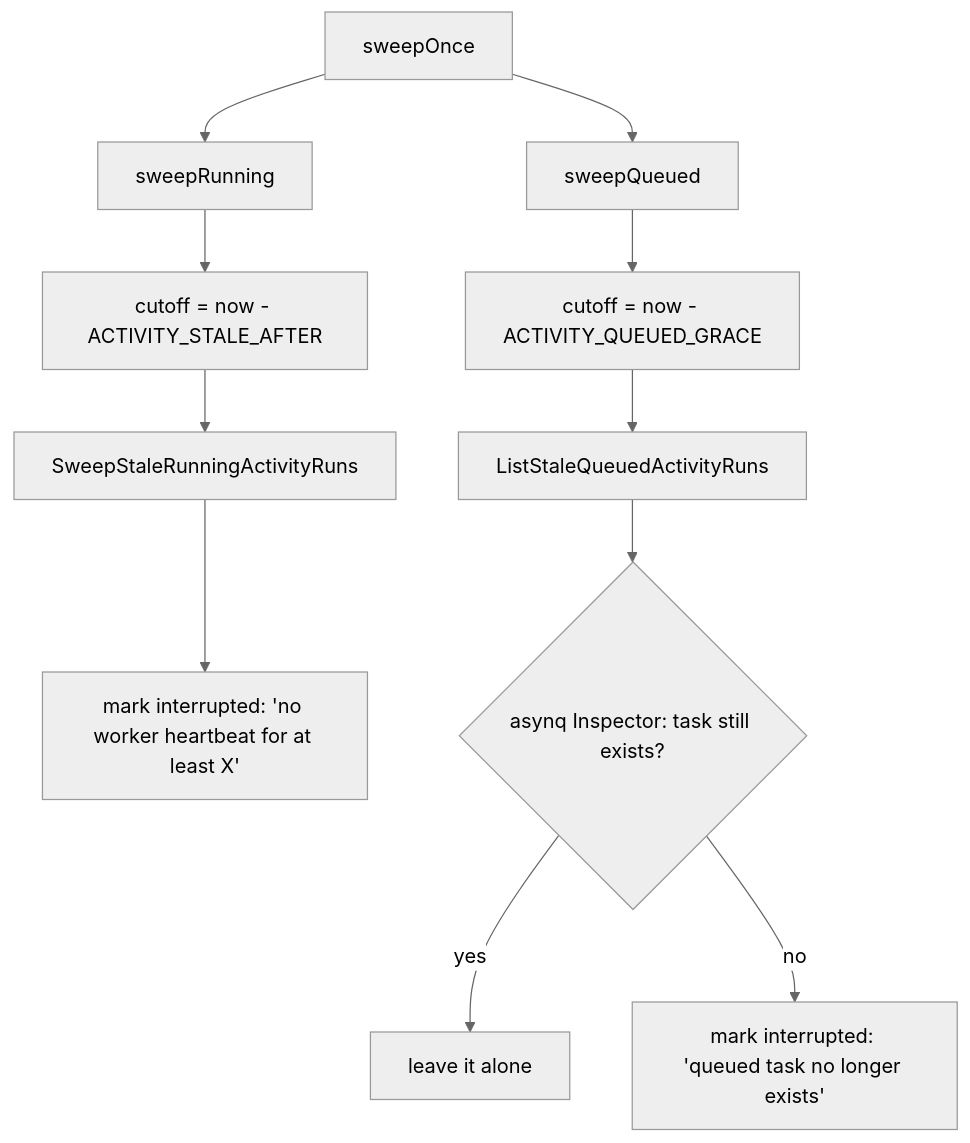
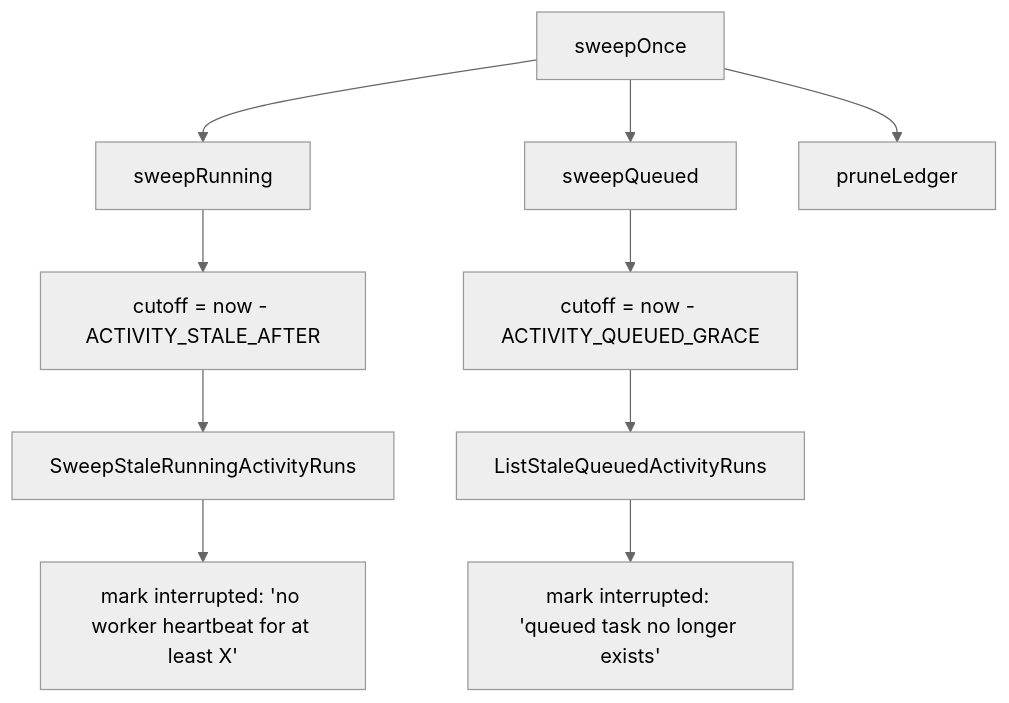
Before and after one commit to nonamecat19/job-finder: the third of 4 diagrams in docs/docs/async/activity-tracking.md, drawn with Mermaid (neutral theme). The commit also changed other lines of this file and 13 other files, not shown here.

````diff
--- a/docs/docs/async/activity-tracking.md
+++ b/docs/docs/async/activity-tracking.md
@@ -133,13 +133,12 @@
 ```mermaid
 flowchart TD
     S["sweepOnce"] --> R["sweepRunning"]
     S --> Q["sweepQueued"]
+    S --> L["pruneLedger"]
     R --> RC["cutoff = now - ACTIVITY_STALE_AFTER"]
     RC --> RQ["SweepStaleRunningActivityRuns"]
     RQ --> RM["mark interrupted: 'no worker heartbeat for at least X'"]
     Q --> QC["cutoff = now - ACTIVITY_QUEUED_GRACE"]
     QC --> QL["ListStaleQueuedActivityRuns"]
-    QL --> QE{"asynq Inspector: task still exists?"}
-    QE -->|yes| SKIP["leave it alone"]
-    QE -->|no| QM["mark interrupted: 'queued task no longer exists'"]
+    QL --> QM["mark interrupted: 'queued task no longer exists'"]
 ```
````
